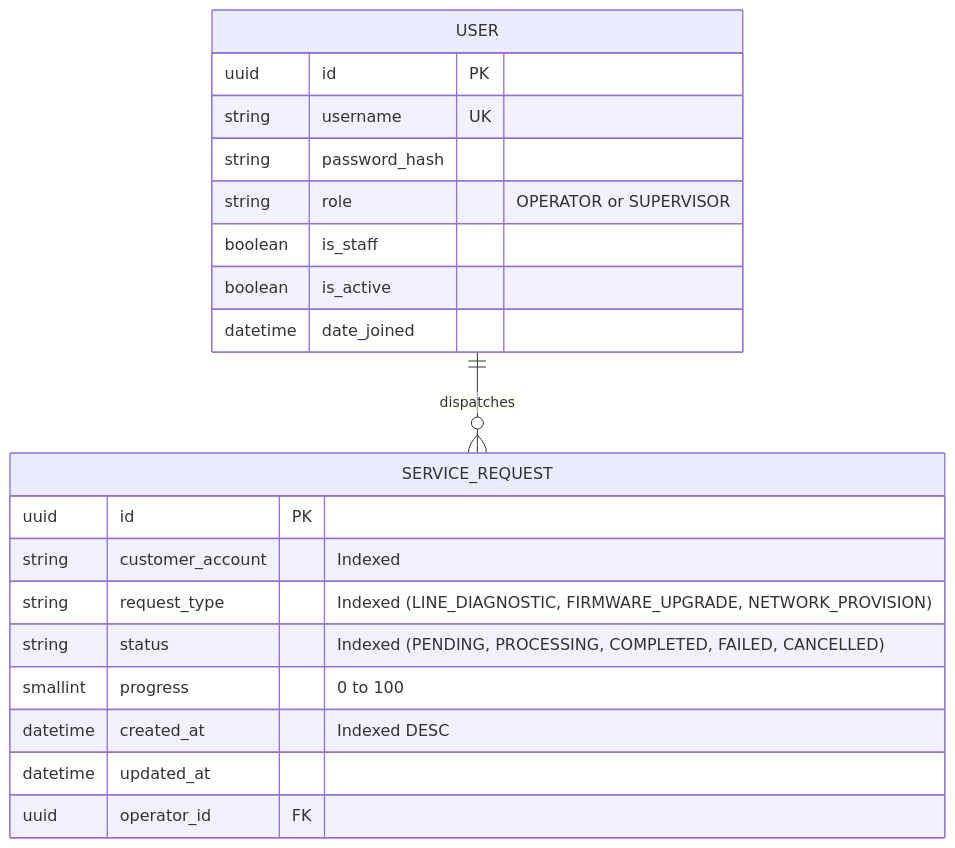
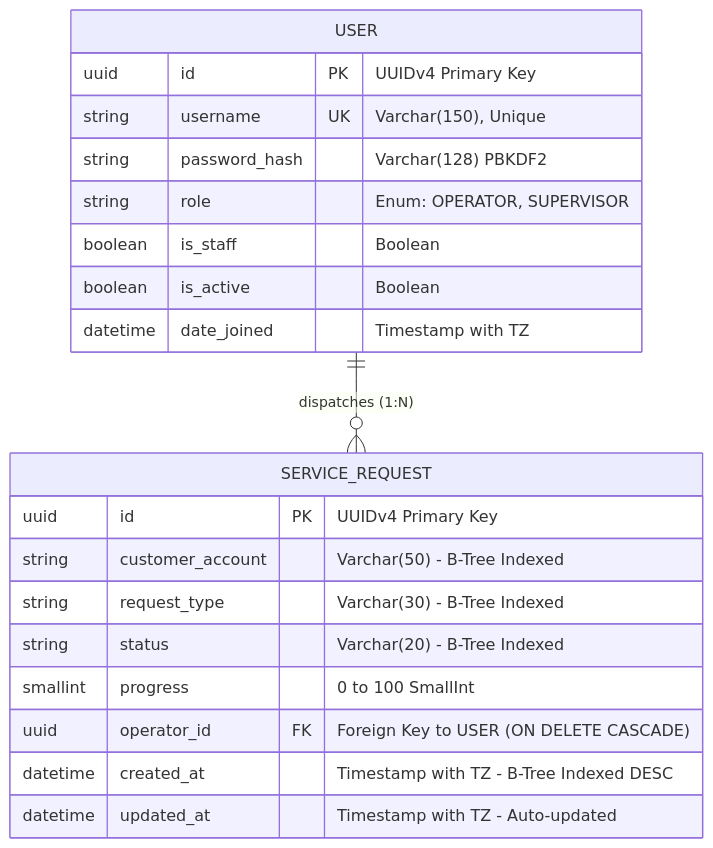
The first of 2 diagrams in docs/system_design.md (Abdullah-Al-Fahad/test_task), drawn with Mermaid before and after one commit. The commit also changed other lines of this file and 3 other files, not shown here.

````diff
--- a/docs/system_design.md
+++ b/docs/system_design.md
@@ -97,25 +126,25 @@
 ```mermaid
 erDiagram
     USER {
-        uuid id PK
-        string username UK
-        string password_hash
-        string role "OPERATOR or SUPERVISOR"
-        boolean is_staff
-        boolean is_active
-        datetime date_joined
+        uuid id PK "UUIDv4 Primary Key"
+        string username UK "Varchar(150), Unique"
+        string password_hash "Varchar(128) PBKDF2"
+        string role "Enum: OPERATOR, SUPERVISOR"
+        boolean is_staff "Boolean"
+        boolean is_active "Boolean"
+        datetime date_joined "Timestamp with TZ"
     }
 
     SERVICE_REQUEST {
-        uuid id PK
-        string customer_account "Indexed"
-        string request_type "Indexed (LINE_DIAGNOSTIC, FIRMWARE_UPGRADE, NETWORK_PROVISION)"
-        string status "Indexed (PENDING, PROCESSING, COMPLETED, FAILED, CANCELLED)"
-        smallint progress "0 to 100"
-        datetime created_at "Indexed DESC"
-        datetime updated_at
-        uuid operator_id FK
+        uuid id PK "UUIDv4 Primary Key"
+        string customer_account "Varchar(50) - B-Tree Indexed"
+        string request_type "Varchar(30) - B-Tree Indexed"
+        string status "Varchar(20) - B-Tree Indexed"
+        smallint progress "0 to 100 SmallInt"
+        uuid operator_id FK "Foreign Key to USER (ON DELETE CASCADE)"
+        datetime created_at "Timestamp with TZ - B-Tree Indexed DESC"
+        datetime updated_at "Timestamp with TZ - Auto-updated"
     }
 
-    USER ||--o{ SERVICE_REQUEST : "dispatches"
+    USER ||--o{ SERVICE_REQUEST : "dispatches (1:N)"
 ```
````
